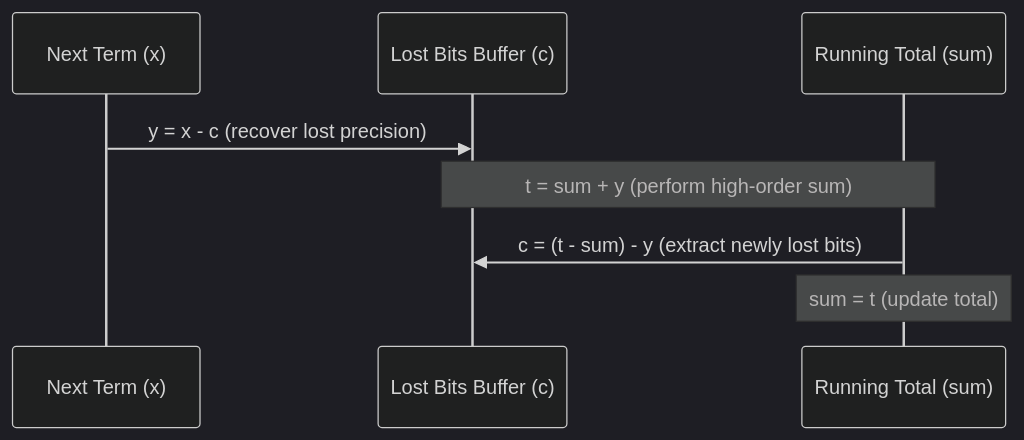
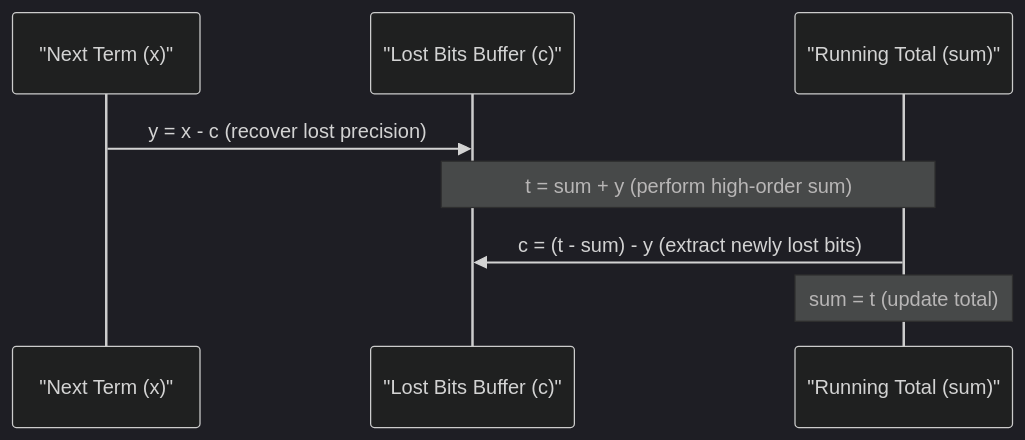
One commit to nijuna/awesome-dsa changed the second of 2 diagrams in docs/01-mathematical-foundations/summations-and-series.md. Above: the diagram before and after it, drawn with Mermaid (dark theme). The commit also changed 30 other files, not shown here.

Commit message:
refactor(docs): sanitize LaTeX environments, format diagrams, and resolve cross-references

````diff
--- a/docs/01-mathematical-foundations/summations-and-series.md
+++ b/docs/01-mathematical-foundations/summations-and-series.md
@@ -181,11 +181,11 @@
 ```mermaid
 sequenceDiagram
-    participant Val as Next Term (x)
-    participant Comp as Lost Bits Buffer (c)
-    participant Sum as Running Total (sum)
+    participant Val as "Next Term (x)"
+    participant Comp as "Lost Bits Buffer (c)"
+    participant Sum as "Running Total (sum)"
 
     Val->>Comp: y = x - c (recover lost precision)
     Note over Comp,Sum: t = sum + y (perform high-order sum)
     Sum->>Comp: c = (t - sum) - y (extract newly lost bits)
     Note over Sum: sum = t (update total)
 ```
````
